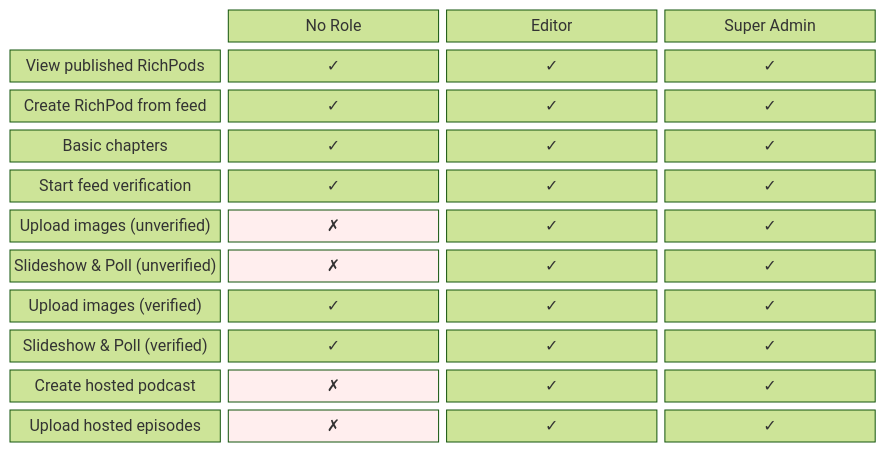
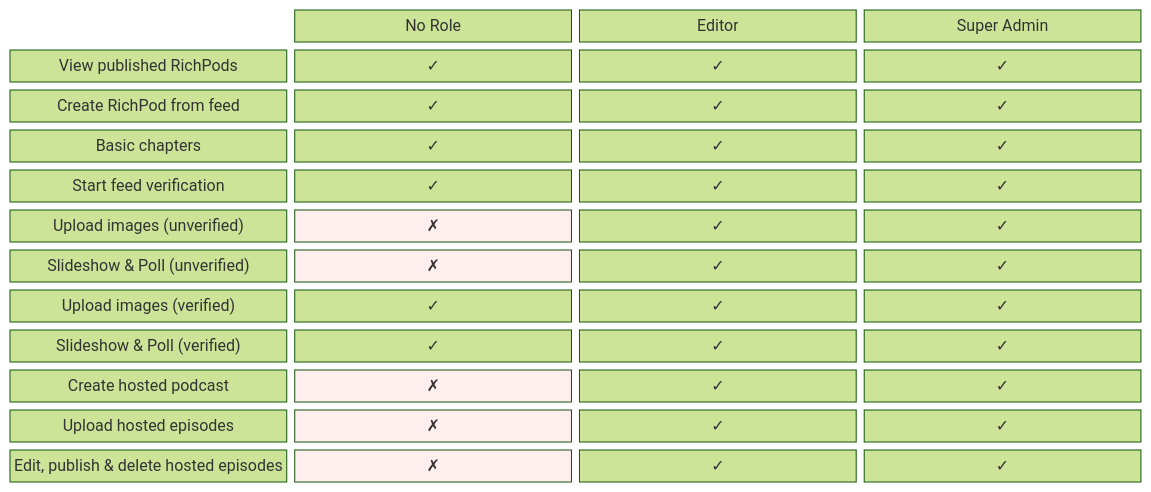
The second of 2 diagrams in docs/user_flows.md (richpods/richpods), drawn with Mermaid (forest theme) before and after one commit. The commit also changed other lines of this file and 11 other files, not shown here.

````diff
--- a/docs/user_flows.md
+++ b/docs/user_flows.md
@@ -113,22 +113,24 @@
 ```mermaid
 block-beta
     columns 4
 
     space header1["No Role"] header2["Editor"] header3["Super Admin"]
 
     row1["View published RichPods"]:1 y1["✓"]:1 y2["✓"]:1 y3["✓"]:1
     row2["Create RichPod from feed"]:1 y4["✓"]:1 y5["✓"]:1 y6["✓"]:1
     row3["Basic chapters"]:1 y7["✓"]:1 y8["✓"]:1 y9["✓"]:1
     row4["Start feed verification"]:1 y10["✓"]:1 y11["✓"]:1 y12["✓"]:1
     row5["Upload images (unverified)"]:1 n1["✗"]:1 y13["✓"]:1 y14["✓"]:1
     row6["Slideshow & Poll (unverified)"]:1 n2["✗"]:1 y15["✓"]:1 y16["✓"]:1
     row7["Upload images (verified)"]:1 y17["✓"]:1 y18["✓"]:1 y19["✓"]:1
     row8["Slideshow & Poll (verified)"]:1 y20["✓"]:1 y21["✓"]:1 y22["✓"]:1
     row9["Create hosted podcast"]:1 n3["✗"]:1 y23["✓"]:1 y24["✓"]:1
     row10["Upload hosted episodes"]:1 n4["✗"]:1 y25["✓"]:1 y26["✓"]:1
+    row11["Edit, publish & delete hosted episodes"]:1 n5["✗"]:1 y27["✓"]:1 y28["✓"]:1
 
     style n1 fill:#fee,color:#c00
     style n2 fill:#fee,color:#c00
     style n3 fill:#fee,color:#c00
     style n4 fill:#fee,color:#c00
+    style n5 fill:#fee,color:#c00
 ```
````
